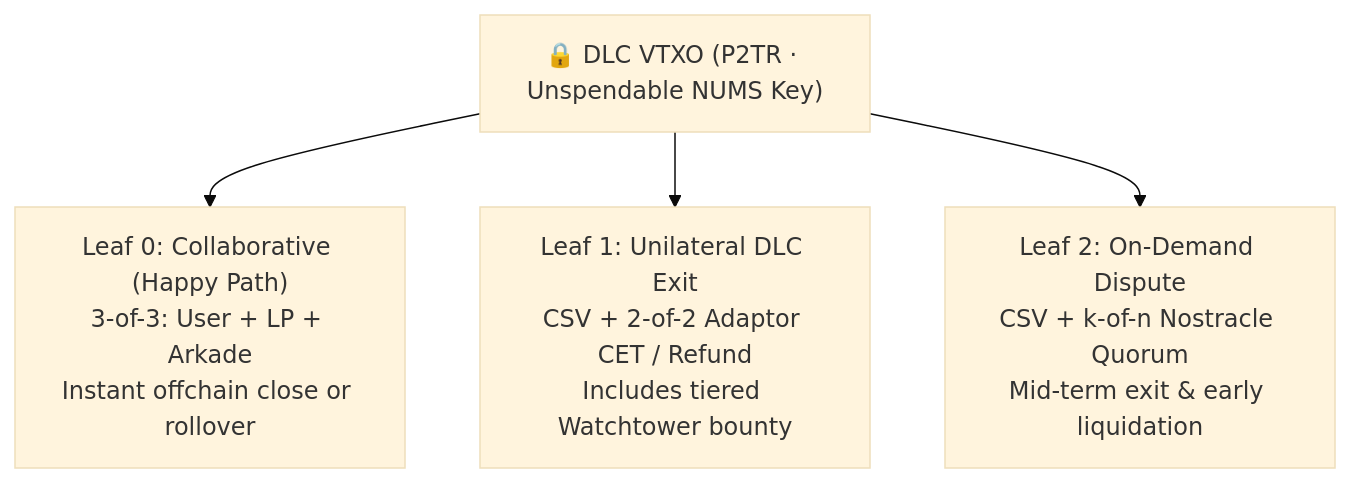
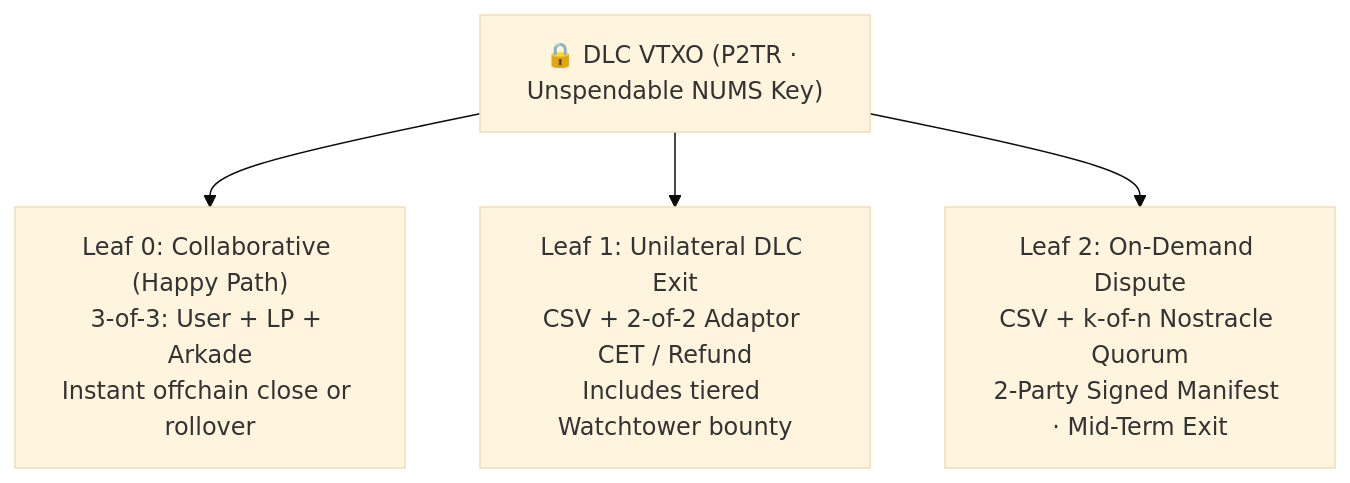
The third of 6 diagrams in README.md (p2pfiat/p2pFiat), drawn with Mermaid (base theme) before and after one commit. The commit also changed other lines of this file and 2 other files, not shown here.

Commit message:
Update READMEs for autonomous Leaf 2 Watchtower & symmetric P2P disputes

````diff
--- a/README.md
+++ b/README.md
@@ -62,8 +62,8 @@
 ```mermaid
 flowchart TD
     Root["🔒 DLC VTXO (P2TR · Unspendable NUMS Key)"]
 
     Root --> L0["Leaf 0: Collaborative (Happy Path)<br/>3-of-3: User + LP + Arkade<br/>Instant offchain close or rollover"]
     Root --> L1["Leaf 1: Unilateral DLC Exit<br/>CSV + 2-of-2 Adaptor CET / Refund<br/>Includes tiered Watchtower bounty"]
-    Root --> L2["Leaf 2: On-Demand Dispute<br/>CSV + k-of-n Nostracle Quorum<br/>Mid-term exit & early liquidation"]
+    Root --> L2["Leaf 2: On-Demand Dispute<br/>CSV + k-of-n Nostracle Quorum<br/>2-Party Signed Manifest · Mid-Term Exit"]
 ```
````
